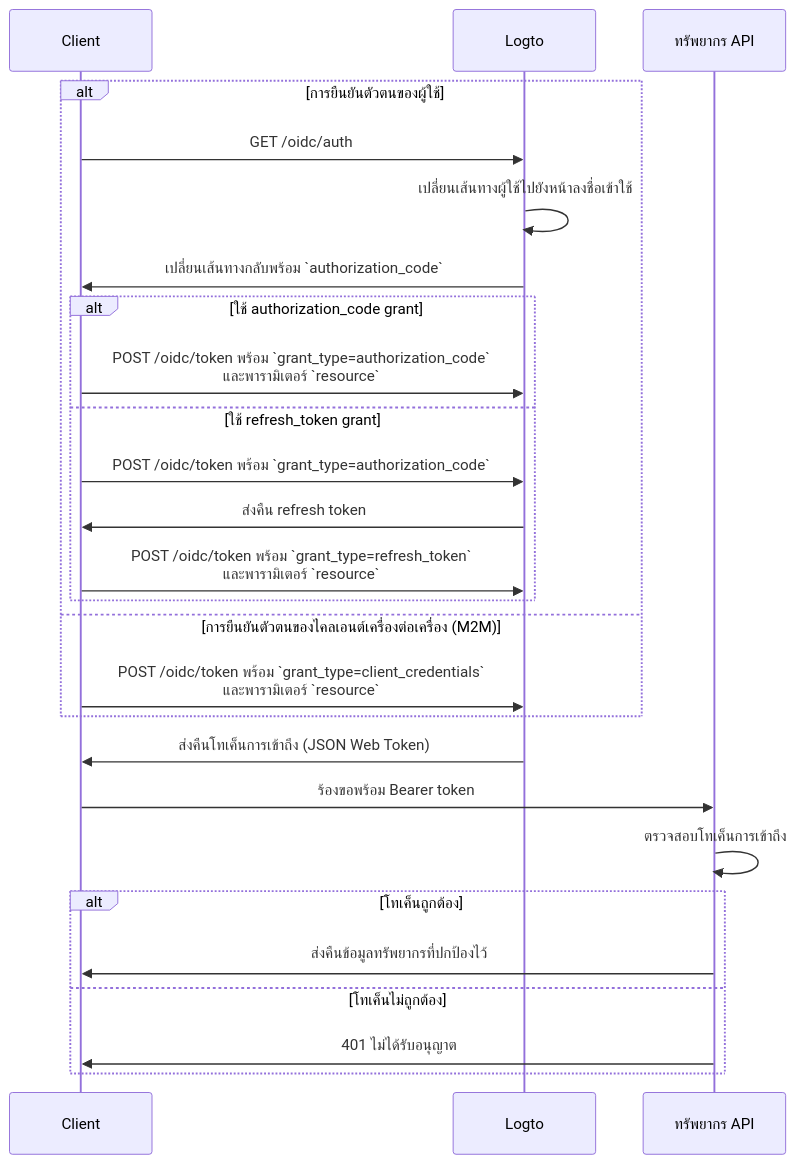
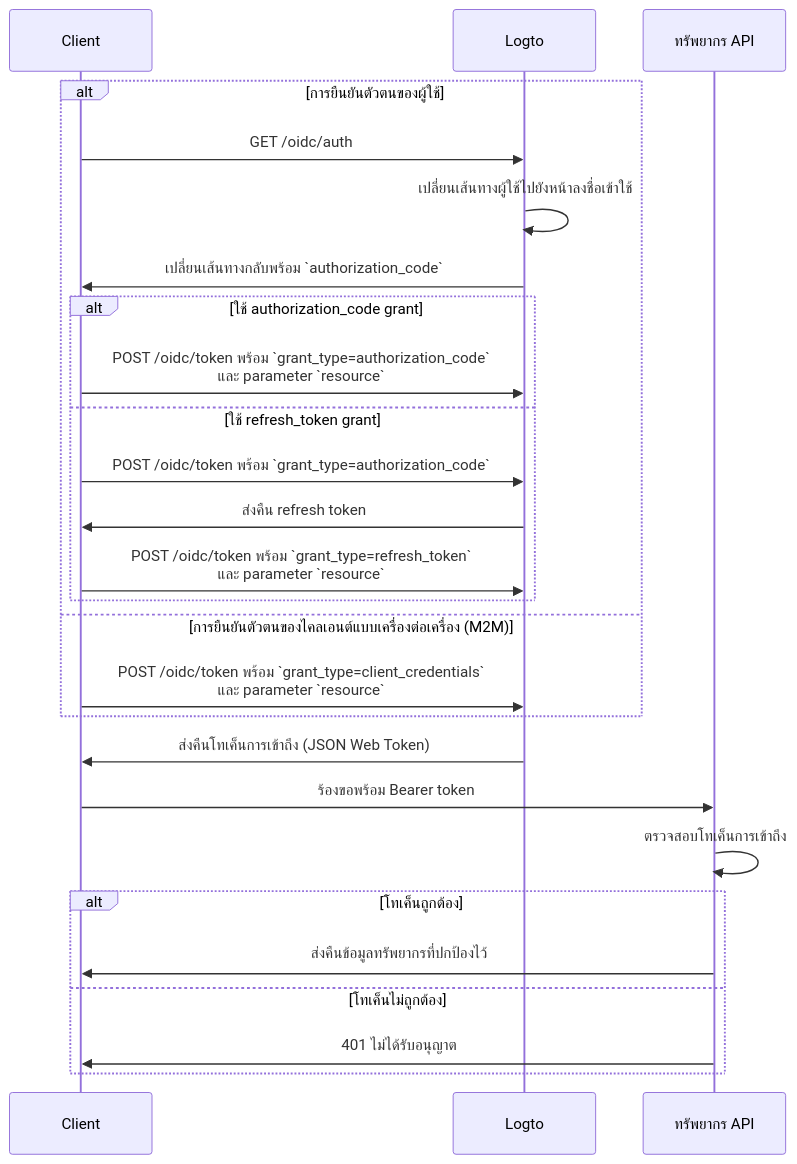
Before and after one commit to logto-io/docs: the diagram in i18n/th/docusaurus-plugin-content-docs/current/authorization/global-api-resources.mdx, drawn with Mermaid. The commit also changed other lines of this file and 200 other files, not shown here.

````diff
--- a/i18n/th/docusaurus-plugin-content-docs/current/authorization/global-api-resources.mdx
+++ b/i18n/th/docusaurus-plugin-content-docs/current/authorization/global-api-resources.mdx
@@ -67,31 +67,31 @@
 ```mermaid
 sequenceDiagram
     participant Client
     participant Logto
     participant API as ทรัพยากร API
 
     alt การยืนยันตัวตนของผู้ใช้
         Client->>Logto: GET /oidc/auth
         Logto->>Logto: เปลี่ยนเส้นทางผู้ใช้ไปยังหน้าลงชื่อเข้าใช้
         Logto->>Client: เปลี่ยนเส้นทางกลับพร้อม `authorization_code`
         alt ใช้ authorization_code grant
-            Client->>Logto: POST /oidc/token พร้อม `grant_type=authorization_code`<br/>และพารามิเตอร์ `resource`
+            Client->>Logto: POST /oidc/token พร้อม `grant_type=authorization_code`<br/>และ parameter `resource`
         else ใช้ refresh_token grant
             Client->>Logto: POST /oidc/token พร้อม `grant_type=authorization_code`
             Logto->>Client: ส่งคืน refresh token
-            Client->>Logto: POST /oidc/token พร้อม `grant_type=refresh_token`<br/>และพารามิเตอร์ `resource`
+            Client->>Logto: POST /oidc/token พร้อม `grant_type=refresh_token`<br/>และ parameter `resource`
         end
-    else การยืนยันตัวตนของไคลเอนต์เครื่องต่อเครื่อง (M2M)
-        Client->>Logto: POST /oidc/token พร้อม `grant_type=client_credentials`<br/>และพารามิเตอร์ `resource`
+    else การยืนยันตัวตนของไคลเอนต์แบบเครื่องต่อเครื่อง (M2M)
+        Client->>Logto: POST /oidc/token พร้อม `grant_type=client_credentials`<br/>และ parameter `resource`
     end
 
     Logto->>Client: ส่งคืนโทเค็นการเข้าถึง (JSON Web Token)
     Client->>API: ร้องขอพร้อม Bearer token
     API->>API: ตรวจสอบโทเค็นการเข้าถึง
 
     alt โทเค็นถูกต้อง
       API->>Client: ส่งคืนข้อมูลทรัพยากรที่ปกป้องไว้
     else โทเค็นไม่ถูกต้อง
       API->>Client: 401 ไม่ได้รับอนุญาต
     end
 ```
````
